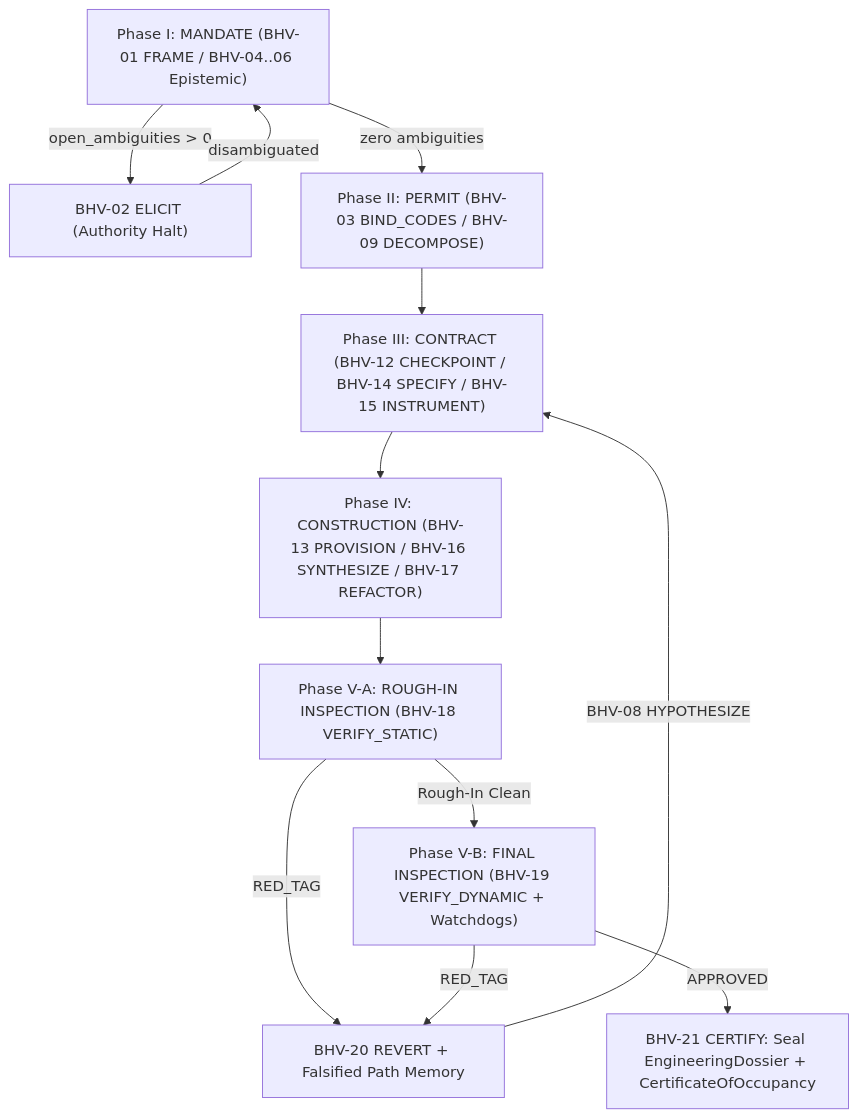
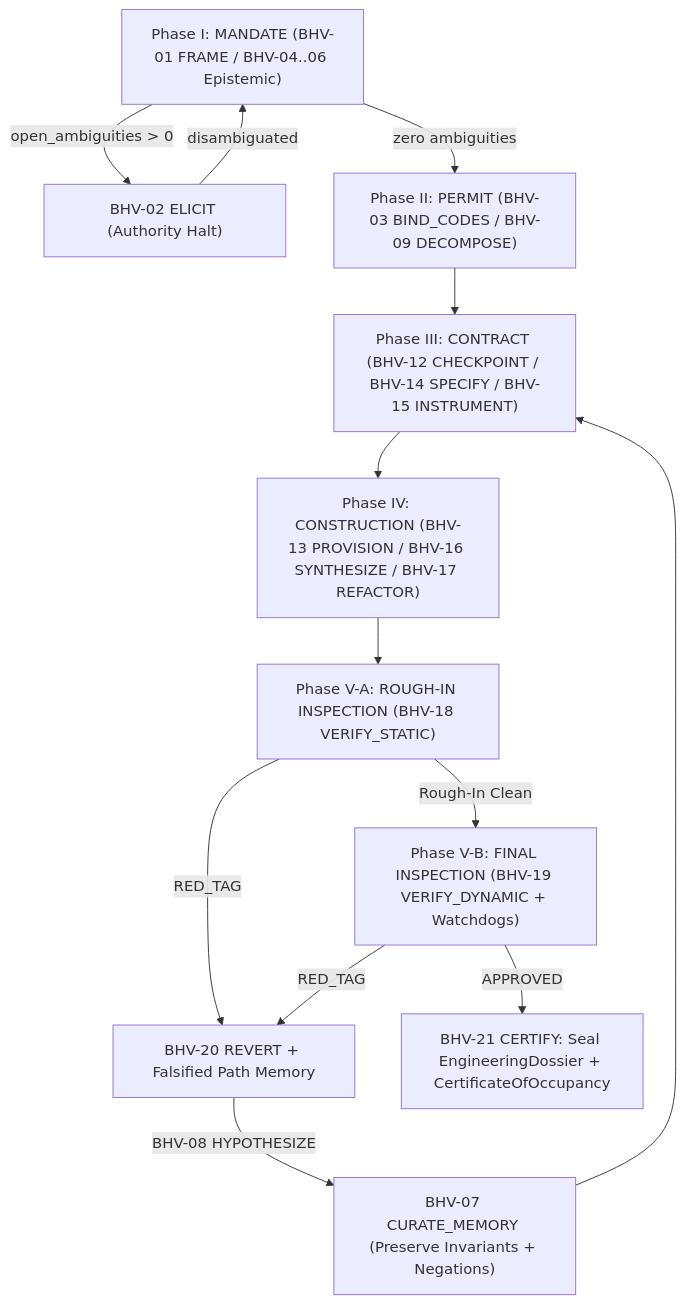
One commit to futileandstupid/jezz changed the diagram in docs/pillar-3b-pce-methodology.md. Above: the diagram before and after it, drawn with Mermaid. The commit also changed other lines of this file and 5 other files, not shown here.

````diff
--- a/docs/pillar-3b-pce-methodology.md
+++ b/docs/pillar-3b-pce-methodology.md
@@ -17,14 +17,15 @@
 ```mermaid
 flowchart TD
     P1["Phase I: MANDATE (BHV-01 FRAME / BHV-04..06 Epistemic)"] -->|"open_ambiguities > 0"| Elicit["BHV-02 ELICIT (Authority Halt)"]
     Elicit -->|"disambiguated"| P1
     P1 -->|"zero ambiguities"| P2["Phase II: PERMIT (BHV-03 BIND_CODES / BHV-09 DECOMPOSE)"]
     P2 --> P3["Phase III: CONTRACT (BHV-12 CHECKPOINT / BHV-14 SPECIFY / BHV-15 INSTRUMENT)"]
     P3 --> P4["Phase IV: CONSTRUCTION (BHV-13 PROVISION / BHV-16 SYNTHESIZE / BHV-17 REFACTOR)"]
     P4 --> P5Static["Phase V-A: ROUGH-IN INSPECTION (BHV-18 VERIFY_STATIC)"]
     P5Static -->|"RED_TAG"| Revert["BHV-20 REVERT + Falsified Path Memory"]
-    Revert -->|"BHV-08 HYPOTHESIZE"| P3
+    Revert -->|"BHV-08 HYPOTHESIZE"| Curate["BHV-07 CURATE_MEMORY (Preserve Invariants + Negations)"]
+    Curate --> P3
     P5Static -->|"Rough-In Clean"| P5Final["Phase V-B: FINAL INSPECTION (BHV-19 VERIFY_DYNAMIC + Watchdogs)"]
     P5Final -->|"RED_TAG"| Revert
     P5Final -->|"APPROVED"| Seal["BHV-21 CERTIFY: Seal EngineeringDossier + CertificateOfOccupancy"]
 ```
````
